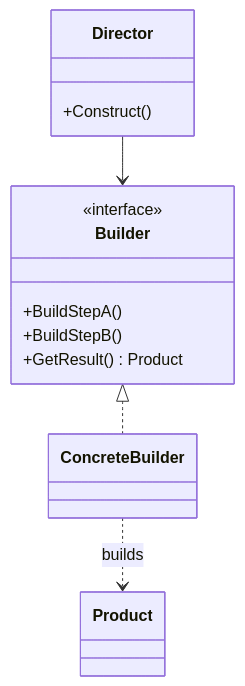
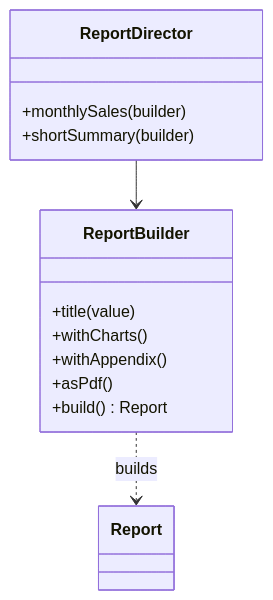
One commit to Kert0n/KPO changed the eighth of 15 diagrams in lectures/Lec4/vitepress.md. Above: the diagram before and after it, drawn with Mermaid. The commit also changed other lines of this file and 3 other files, not shown here.

````diff
--- a/lectures/Lec4/vitepress.md
+++ b/lectures/Lec4/vitepress.md
@@ -944,17 +1086,18 @@
 ```mermaid
 classDiagram
-    class Director {
-        +Construct()
-    }
-    class Builder {
-        <<interface>>
-        +BuildStepA()
-        +BuildStepB()
-        +GetResult() Product
-    }
-    class ConcreteBuilder
-    class Product
-    Director --> Builder
-    Builder <|.. ConcreteBuilder
-    ConcreteBuilder ..> Product : builds
+  class ReportDirector {
+    +monthlySales(builder)
+    +shortSummary(builder)
+  }
+  class ReportBuilder {
+    +title(value)
+    +withCharts()
+    +withAppendix()
+    +asPdf()
+    +build() Report
+  }
+  class Report
+
+  ReportDirector --> ReportBuilder
+  ReportBuilder ..> Report : builds
 ```
````
